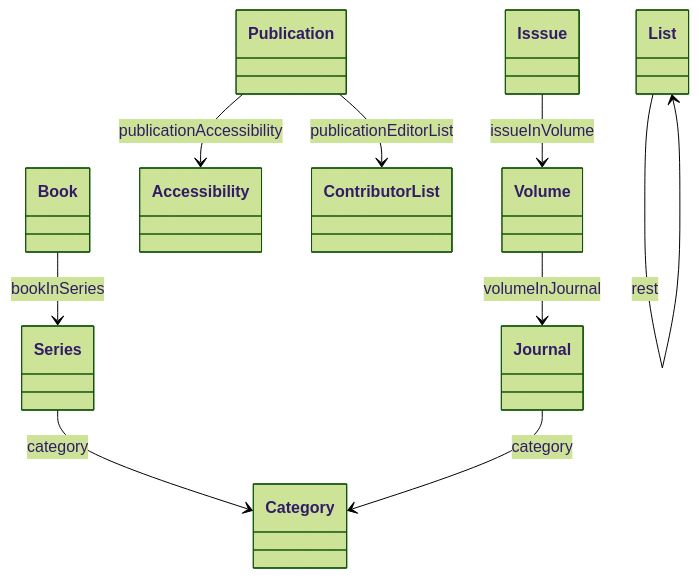
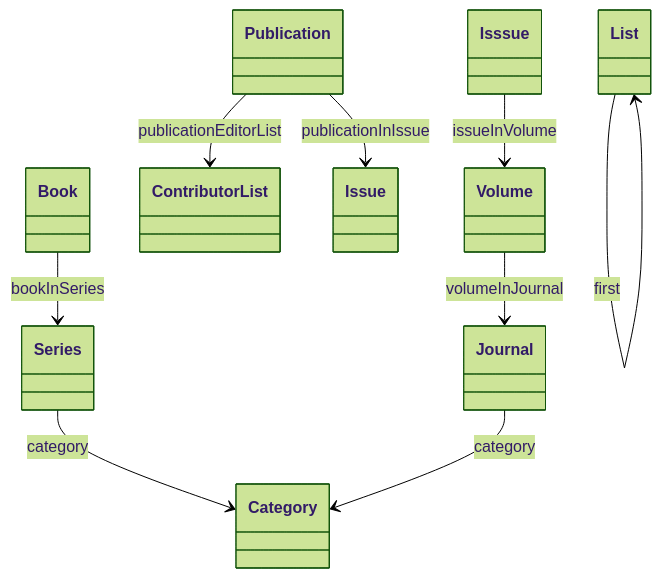
Before and after one commit to oeg-upm/Devos: the diagram in output/ieswc_freq/ld-connect.ttl-freq-5-10.md, drawn with Mermaid (forest theme). The commit also changed 206 other files, not shown here.

````diff
--- a/output/ieswc_freq/ld-connect.ttl-freq-5-10.md
+++ b/output/ieswc_freq/ld-connect.ttl-freq-5-10.md
@@ -1,45 +1,45 @@
 ```mermaid
 	classDiagram
 
     
     class Publication {
     
     }
 
     class List {
     
     }
 
     class Journal {
     
     }
 
     class Series {
     
     }
 
     class Volume {
     
     }
 
 
 
+List  --> List   :rest  
+
+Volume  --> Journal   :volumeInJournal  
+
 List  --> List   :first  
 
 Isssue  --> Volume   :issueInVolume  
 
-Publication  --> Accessibility   :publicationAccessibility  
-
 Series  --> Category   :category  
-
-Volume  --> Journal   :volumeInJournal  
 
 Publication  --> ContributorList   :publicationEditorList  
 
-List  --> List   :rest  
+Publication  --> Issue   :publicationInIssue  
 
 Book  --> Series   :bookInSeries  
 
 Journal  --> Category   :category  
 
 ```
````
